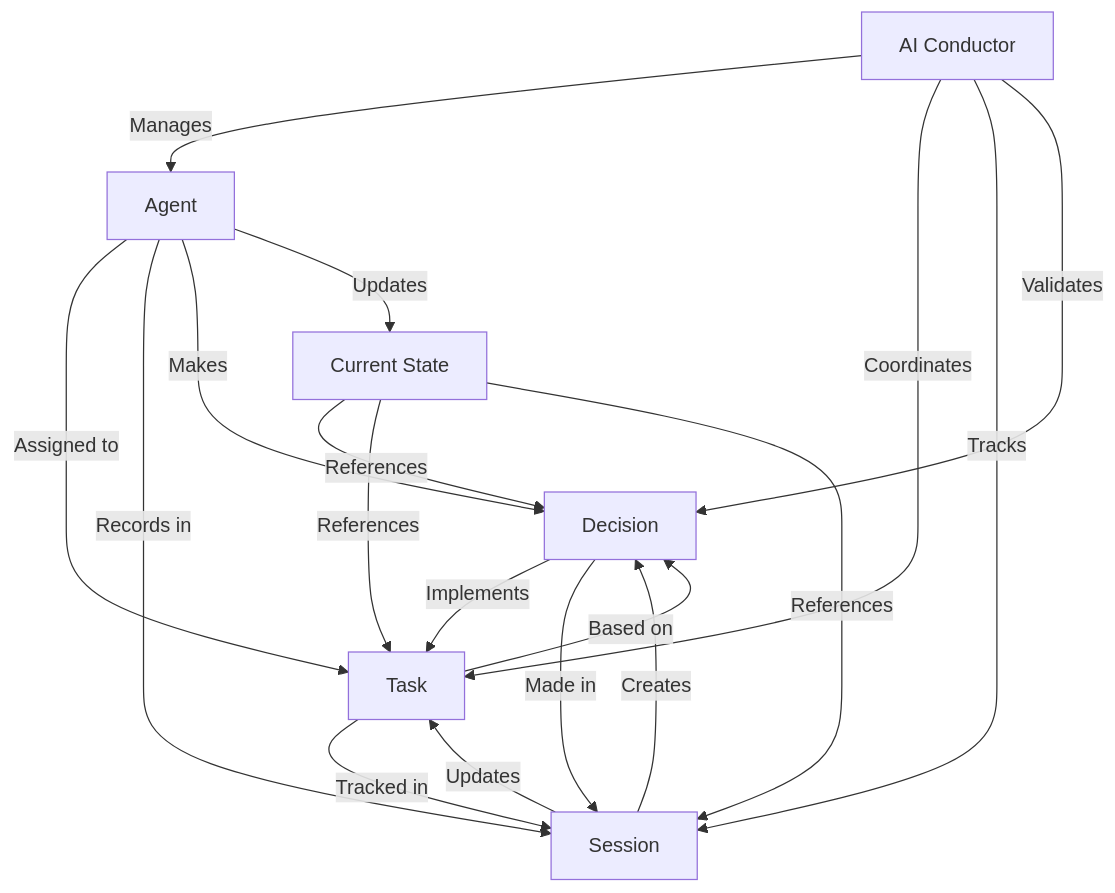
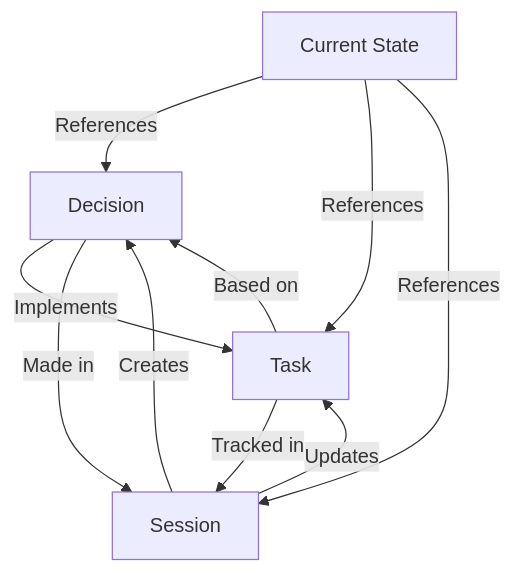
Before and after one commit to FixingPixels/Aegis: the second of 2 diagrams in docs/cross_referencing.md, drawn with Mermaid. The commit also changed other lines of this file and 19 other files, not shown here.

````diff
--- a/docs/cross_referencing.md
+++ b/docs/cross_referencing.md
@@ -102,25 +75,15 @@
 ```mermaid
 graph TD
     D[Decision] -->|Implements| T[Task]
     D -->|Made in| S[Session]
     
     T -->|Tracked in| S
     T -->|Based on| D
     
     S -->|Creates| D
     S -->|Updates| T
     
     C[Current State] -->|References| D
     C -->|References| T
     C -->|References| S
-    
-    A[Agent] -->|Assigned to| T
-    A -->|Records in| S
-    A -->|Makes| D
-    A -->|Updates| C
-    
-    AC[AI Conductor] -->|Manages| A
-    AC -->|Coordinates| T
-    AC -->|Tracks| S
-    AC -->|Validates| D
 ```
````
